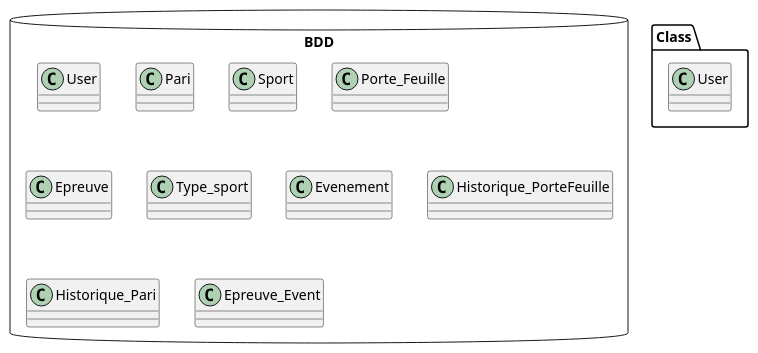
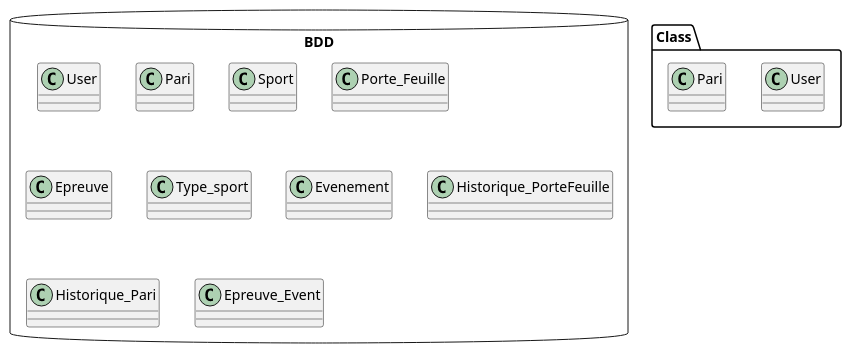
The diagram in UML/PariSportifUML.puml (OFP-CDA-Mulhouse-2020/parisportif3), drawn with PlantUML before and after one commit. The commit also changed 1 other file, not shown here.

```diff
--- a/UML/PariSportifUML.puml
+++ b/UML/PariSportifUML.puml
@@ -1,32 +1,34 @@
 @startuml
 
 package "BDD" <<DataBase>>{
 
     class User{
     }
     class Pari{
     }
     class Sport{
     }
     class Porte_Feuille{
     }
     class Epreuve{
     }
     class Type_sport{
     }
     class Evenement{
     }
     class Historique_PorteFeuille{
     }
     class Historique_Pari{
     }
     class Epreuve_Event{
     }
 }
 
 
 namespace Class{
-    class User{
-    }
+        class User{
+        }
+        class Pari{
+        }
 }
 @enduml
```
